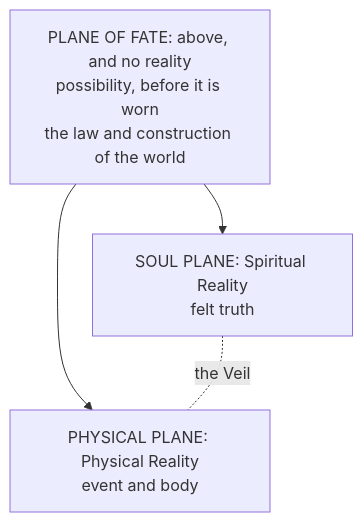
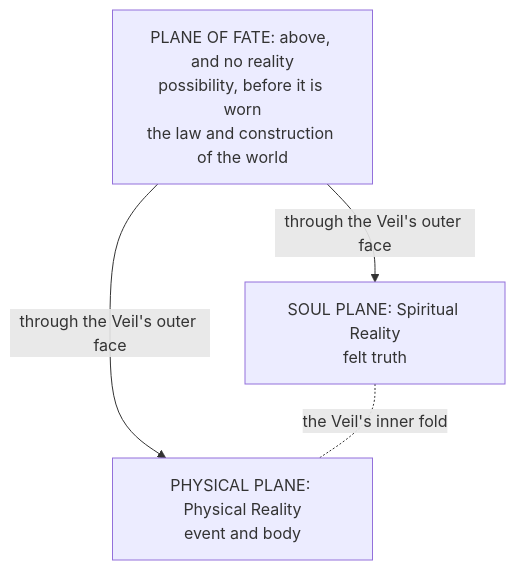
The diagram in wiki/Cosmology & Metaphysics/The Making of the World/Omnara and the Division.md (vispotvision/wotr-rule-index), drawn with Mermaid before and after one commit. The commit also changed other lines of this file and 48 other files, not shown here.

````diff
--- a/wiki/Cosmology & Metaphysics/The Making of the World/Omnara and the Division.md
+++ b/wiki/Cosmology & Metaphysics/The Making of the World/Omnara and the Division.md
@@ -50,7 +50,7 @@
 ```mermaid
 flowchart TD
     PF["PLANE OF FATE: above, and no reality<br>possibility, before it is worn<br>the law and construction of the world"]
-    PF --> SP["SOUL PLANE: Spiritual Reality<br>felt truth"]
-    PF --> PP["PHYSICAL PLANE: Physical Reality<br>event and body"]
-    SP -.-|"the Veil"| PP
+    PF -->|"through the Veil's outer face"| SP["SOUL PLANE: Spiritual Reality<br>felt truth"]
+    PF -->|"through the Veil's outer face"| PP["PHYSICAL PLANE: Physical Reality<br>event and body"]
+    SP -.-|"the Veil's inner fold"| PP
 ```
````
